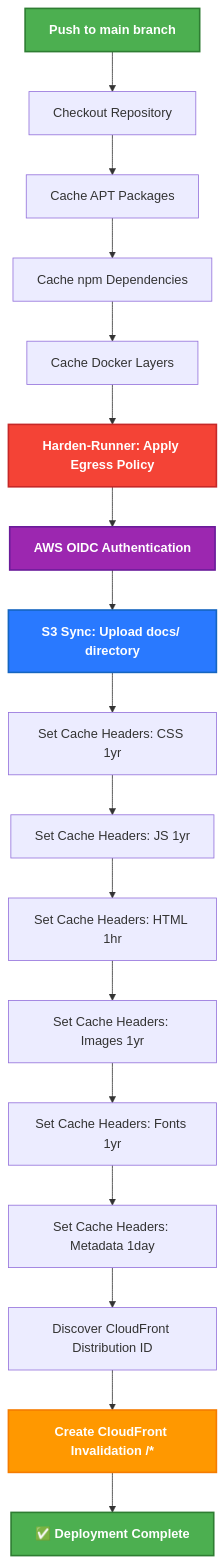
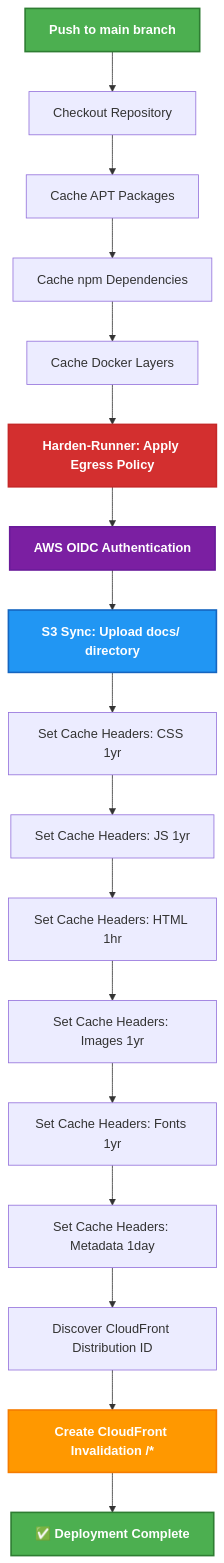
Before and after one commit to step-security-bot/cia-compliance-manager: the ninth of 13 diagrams in docs/architecture/WORKFLOWS.md, drawn with Mermaid. The commit also changed other lines of this file and 27 other files, not shown here.

First line of the commit message:
fix: resolve broken mermaid diagrams and improve color coding to match ISMS style guide (#1106)

````diff
--- a/docs/architecture/WORKFLOWS.md
+++ b/docs/architecture/WORKFLOWS.md
@@ -963,29 +963,29 @@
 ```mermaid
 flowchart TD
     Start[Push to main branch] --> CheckoutCode[Checkout Repository]
     CheckoutCode --> CacheApt[Cache APT Packages]
     CacheApt --> CacheNpm[Cache npm Dependencies]
     CacheNpm --> CacheDocker[Cache Docker Layers]
     
     CacheDocker --> HardenRunner[Harden-Runner: Apply Egress Policy]
     HardenRunner --> AWSAuth[AWS OIDC Authentication]
     
     AWSAuth --> S3Sync[S3 Sync: Upload docs/ directory]
     S3Sync --> SetCacheCSS[Set Cache Headers: CSS 1yr]
     SetCacheCSS --> SetCacheJS[Set Cache Headers: JS 1yr]
     SetCacheJS --> SetCacheHTML[Set Cache Headers: HTML 1hr]
     SetCacheHTML --> SetCacheImages[Set Cache Headers: Images 1yr]
     SetCacheImages --> SetCacheFonts[Set Cache Headers: Fonts 1yr]
     SetCacheFonts --> SetCacheMeta[Set Cache Headers: Metadata 1day]
     
     SetCacheMeta --> DiscoverDistribution[Discover CloudFront Distribution ID]
     DiscoverDistribution --> CreateInvalidation[Create CloudFront Invalidation /*]
     CreateInvalidation --> Complete[✅ Deployment Complete]
     
     style Start fill:#4CAF50,stroke:#2E7D32,stroke-width:2px,color:white,font-weight:bold
-    style HardenRunner fill:#F44336,stroke:#C62828,stroke-width:2px,color:white,font-weight:bold
-    style AWSAuth fill:#9C27B0,stroke:#6A1B9A,stroke-width:2px,color:white,font-weight:bold
-    style S3Sync fill:#2979FF,stroke:#1565C0,stroke-width:2px,color:white,font-weight:bold
+    style HardenRunner fill:#D32F2F,stroke:#C62828,stroke-width:2px,color:white,font-weight:bold
+    style AWSAuth fill:#7B1FA2,stroke:#6A1B9A,stroke-width:2px,color:white,font-weight:bold
+    style S3Sync fill:#2196F3,stroke:#1565C0,stroke-width:2px,color:white,font-weight:bold
     style CreateInvalidation fill:#FF9800,stroke:#F57C00,stroke-width:2px,color:white,font-weight:bold
     style Complete fill:#4CAF50,stroke:#2E7D32,stroke-width:2px,color:white,font-weight:bold
 ```
````
